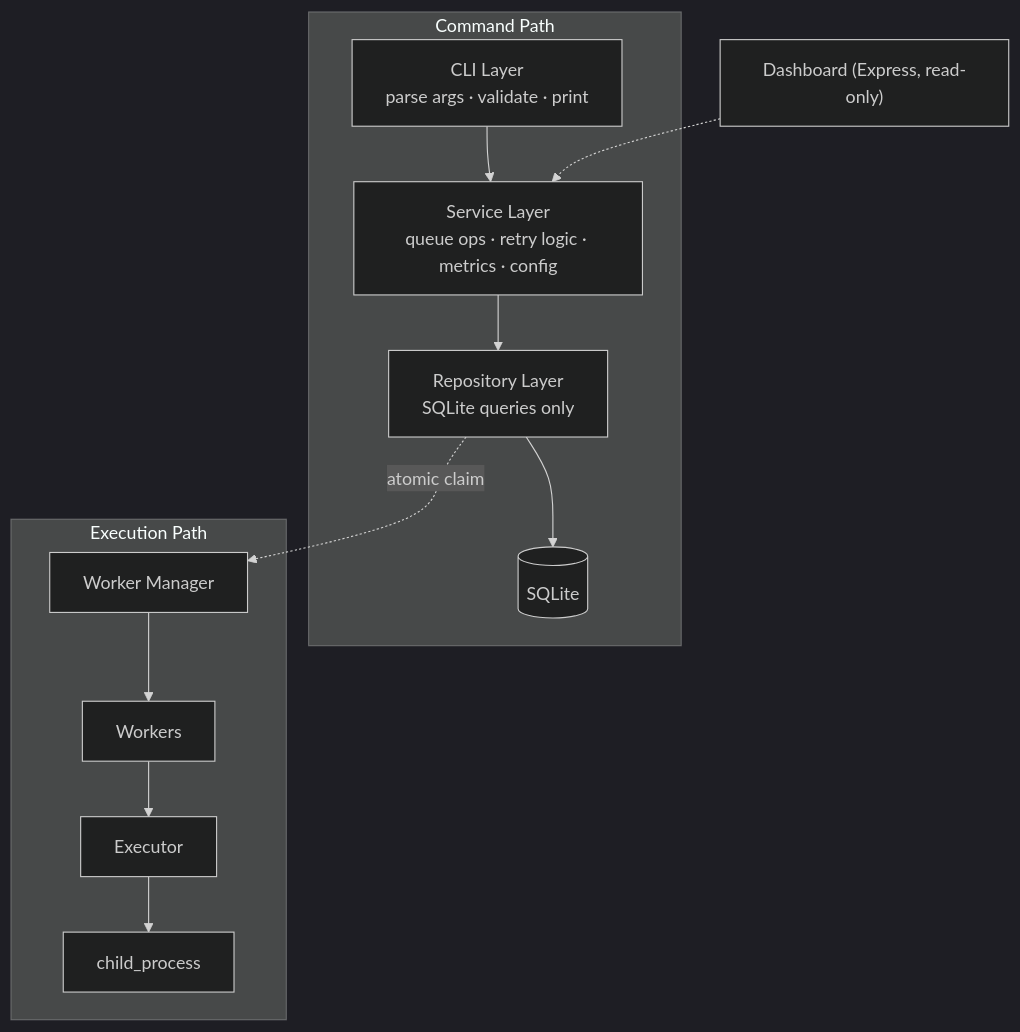
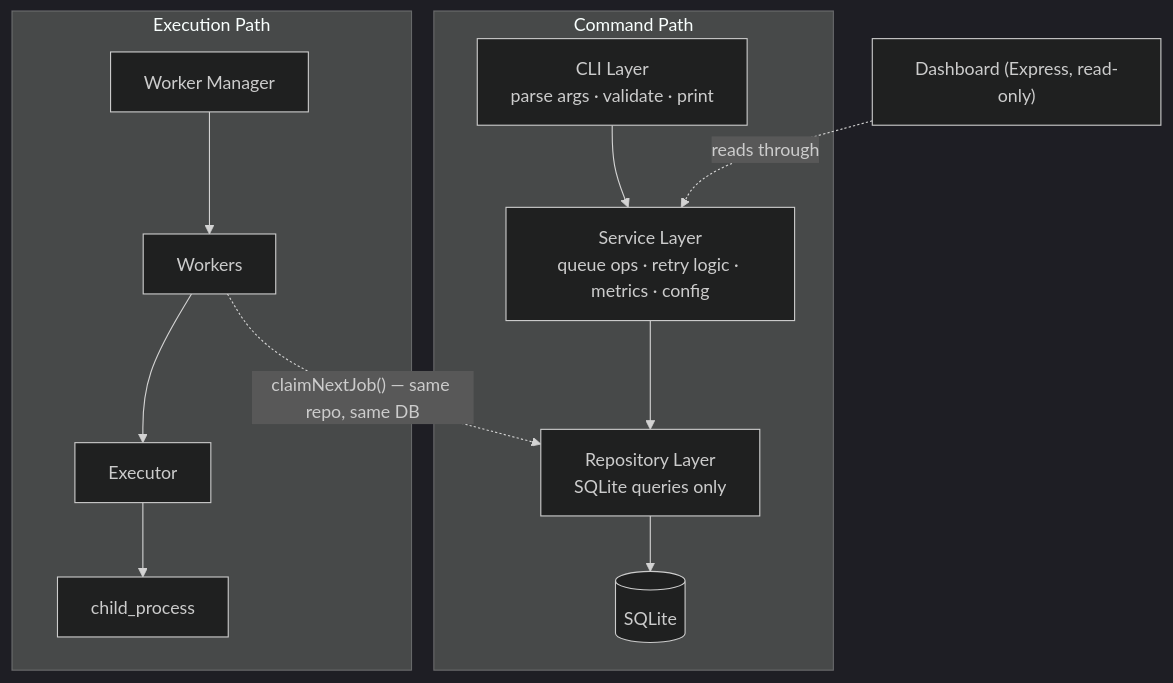
The first of 2 diagrams in README.md (Bhumica-jaiswal/QueueCTL), drawn with Mermaid (dark theme) before and after one commit. The commit also changed other lines of this file and 3 other files, not shown here.

````diff
--- a/README.md
+++ b/README.md
@@ -79,21 +81,21 @@
 ```mermaid
 flowchart TD
     subgraph CLI_Path["Command Path"]
         CLI["CLI Layer<br/>parse args · validate · print"]
         SVC["Service Layer<br/>queue ops · retry logic · metrics · config"]
         REPO["Repository Layer<br/>SQLite queries only"]
         DB[(SQLite)]
         CLI --> SVC --> REPO --> DB
     end
 
     subgraph Worker_Path["Execution Path"]
         WM["Worker Manager"]
         W["Workers"]
         EX["Executor"]
         CP["child_process"]
         WM --> W --> EX --> CP
     end
 
-    REPO -. atomic claim .-> WM
-    DASH["Dashboard (Express, read-only)"] -.-> SVC
+    W -. "claimNextJob() — same repo, same DB" .-> REPO
+    DASH["Dashboard (Express, read-only)"] -. reads through .-> SVC
 ```
````
